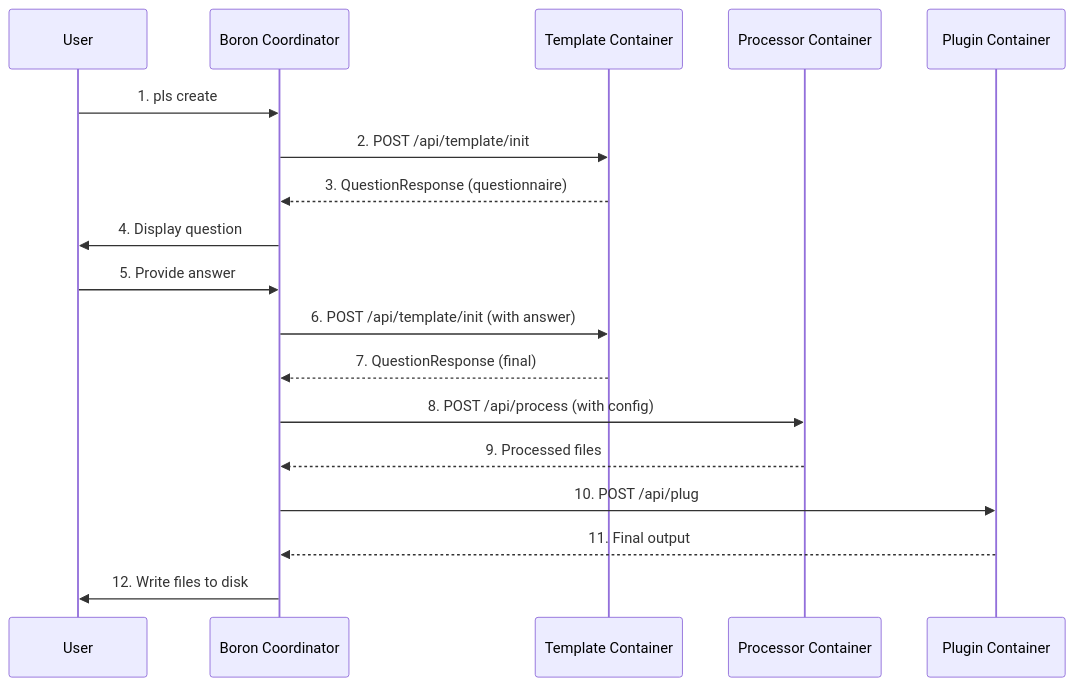
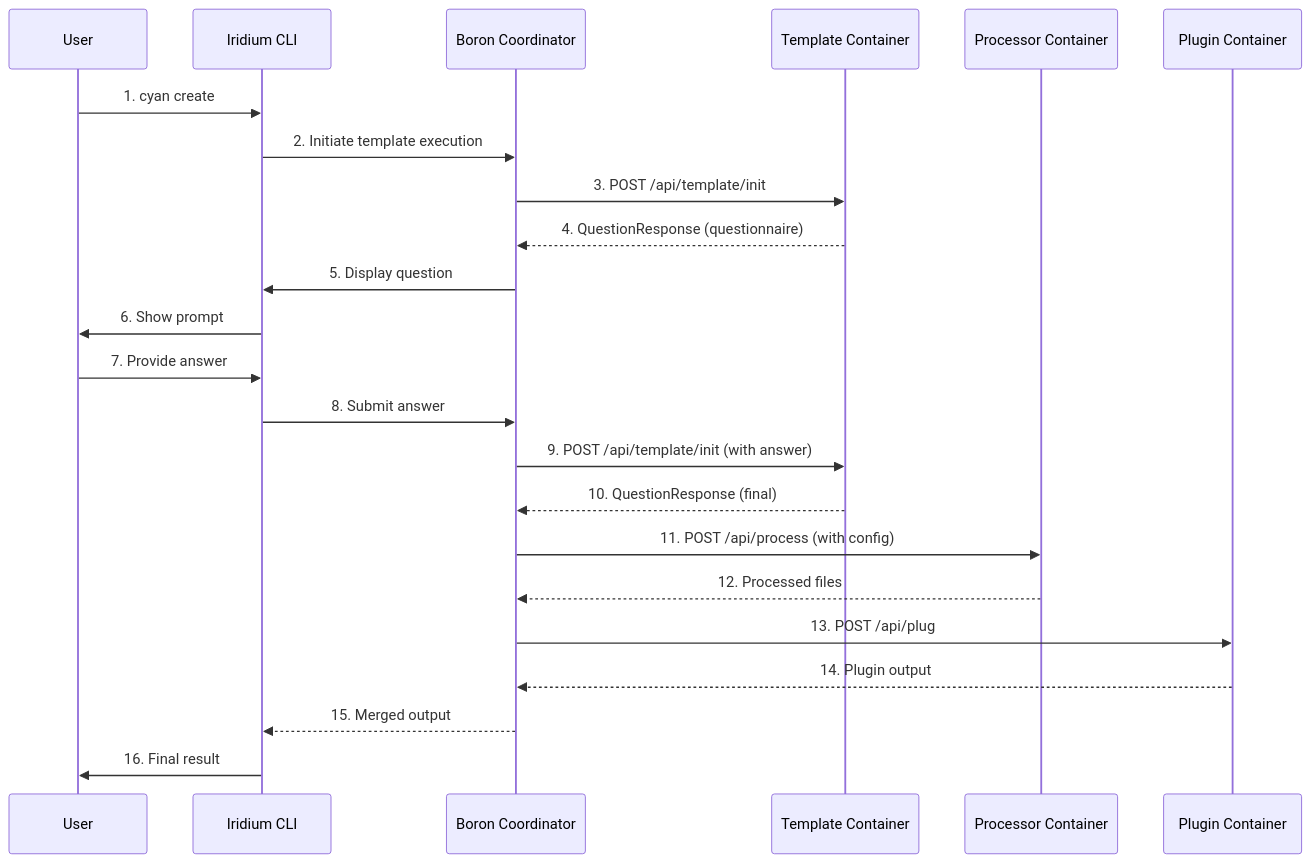
The second of 2 diagrams in docs/developer/02-architecture.md (AtomiCloud/sulfone.helium), drawn with Mermaid before and after one commit. The commit also changed other lines of this file and 23 other files, not shown here.

````diff
--- a/docs/developer/02-architecture.md
+++ b/docs/developer/02-architecture.md
@@ -34,21 +34,26 @@
 ```mermaid
 sequenceDiagram
     participant U as User
+    participant I as Iridium CLI
     participant B as Boron Coordinator
     participant T as Template Container
     participant P as Processor Container
     participant L as Plugin Container
 
-    U->>B: 1. pls create
-    B->>T: 2. POST /api/template/init
-    T-->>B: 3. QuestionResponse (questionnaire)
-    B->>U: 4. Display question
-    U->>B: 5. Provide answer
-    B->>T: 6. POST /api/template/init (with answer)
-    T-->>B: 7. QuestionResponse (final)
-    B->>P: 8. POST /api/process (with config)
-    P-->>B: 9. Processed files
-    B->>L: 10. POST /api/plug
-    L-->>B: 11. Final output
-    B->>U: 12. Write files to disk
+    U->>I: 1. cyan create
+    I->>B: 2. Initiate template execution
+    B->>T: 3. POST /api/template/init
+    T-->>B: 4. QuestionResponse (questionnaire)
+    B->>I: 5. Display question
+    I->>U: 6. Show prompt
+    U->>I: 7. Provide answer
+    I->>B: 8. Submit answer
+    B->>T: 9. POST /api/template/init (with answer)
+    T-->>B: 10. QuestionResponse (final)
+    B->>P: 11. POST /api/process (with config)
+    P-->>B: 12. Processed files
+    B->>L: 13. POST /api/plug
+    L-->>B: 14. Plugin output
+    B-->>I: 15. Merged output
+    I->>U: 16. Final result
 ```
````
